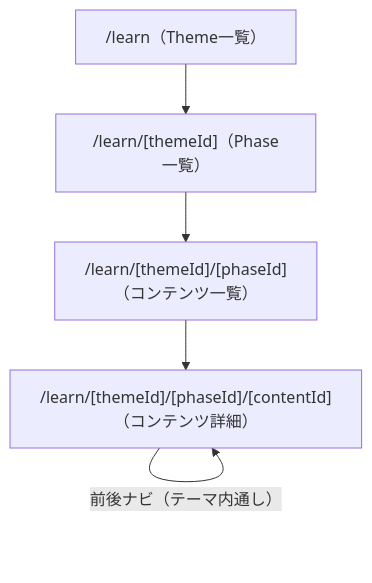
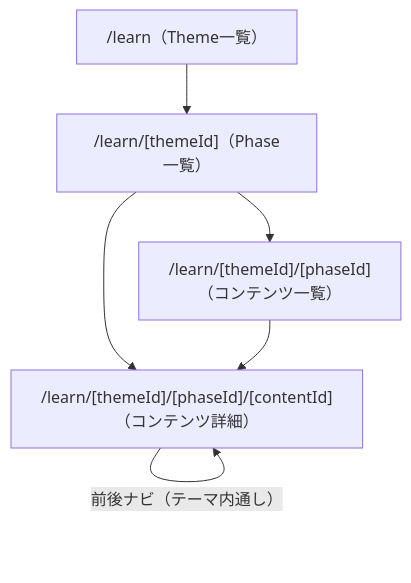
One commit to Singuralitylabs/sinlab-study changed the fifth of 5 diagrams in docs/specification.md. Above: the diagram before and after it, drawn with Mermaid. The commit also changed other lines of this file and 11 other files, not shown here.

````diff
--- a/docs/specification.md
+++ b/docs/specification.md
@@ -459,7 +459,8 @@
 ```mermaid
 flowchart TD
     A["/learn（Theme一覧）"] --> B["/learn/[themeId]（Phase一覧）"]
     B --> C["/learn/[themeId]/[phaseId]（コンテンツ一覧）"]
-    C --> D["/learn/[themeId]/[phaseId]/[contentId]（コンテンツ詳細）"]
+    B --> D["/learn/[themeId]/[phaseId]/[contentId]（コンテンツ詳細）"]
+    C --> D
     D -- 前後ナビ（テーマ内通し） --> D
 ```
````
